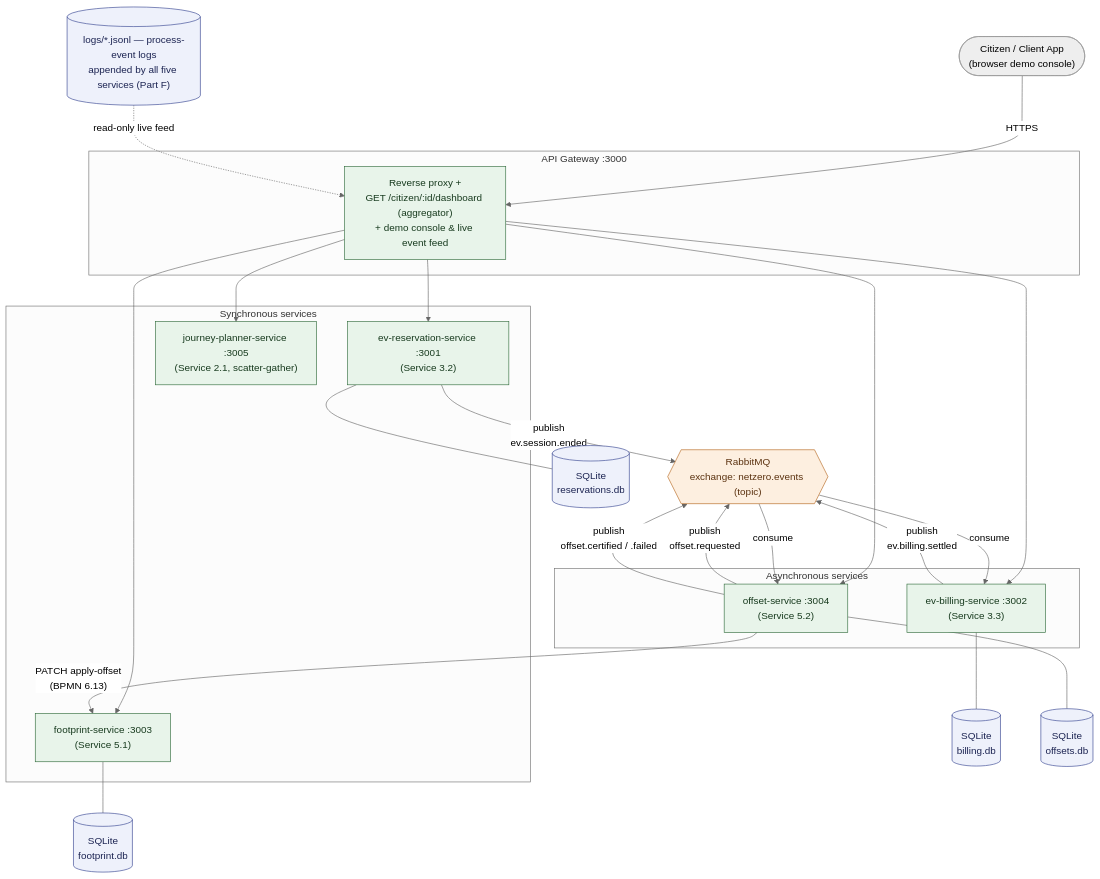
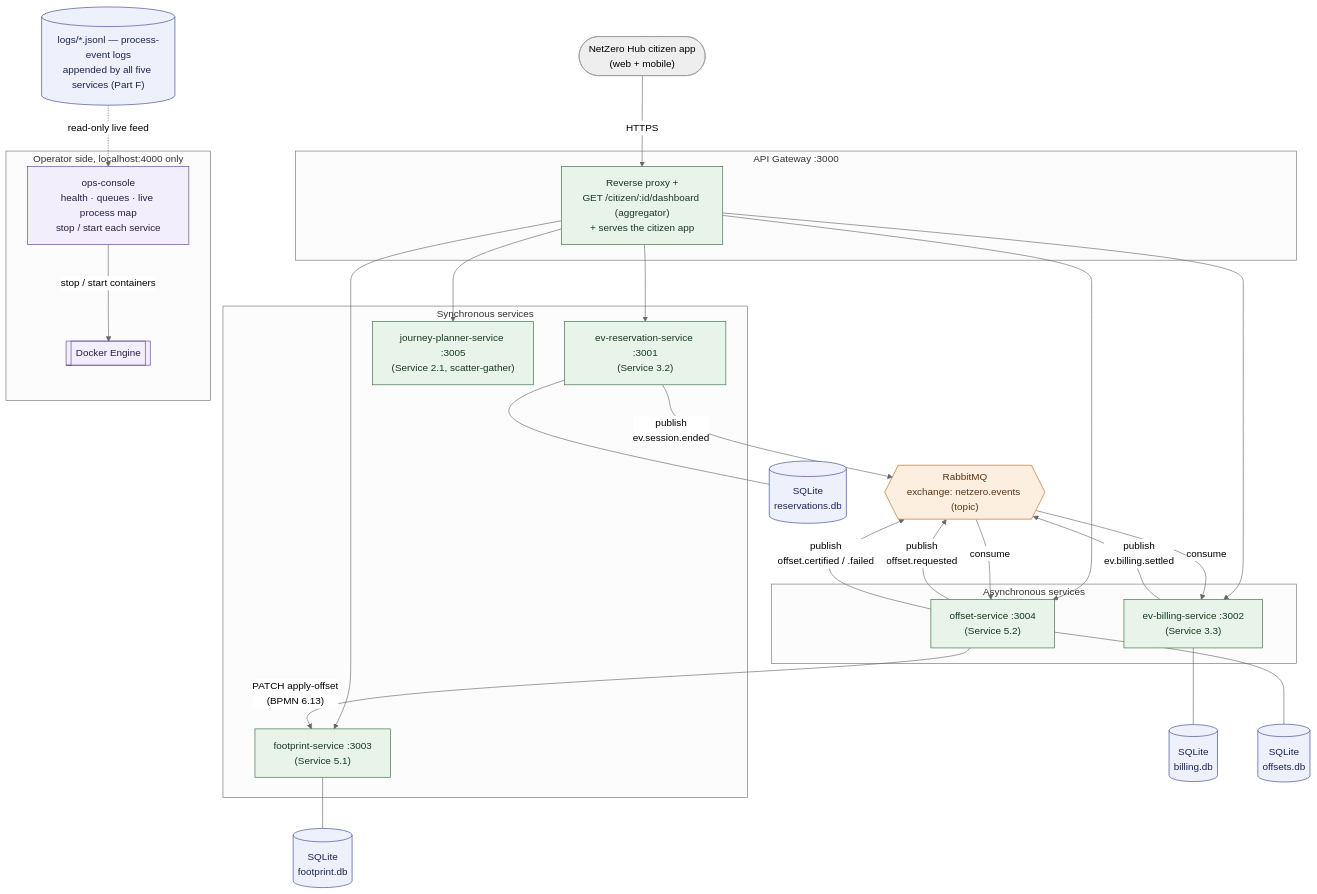
Before and after one commit to Mickyx73/netZero: the diagram in docs/diagrams/architecture.mmd, drawn with Mermaid. The commit also changed 60 other files, not shown here.

First line of the commit message:
Split citizen app (:3000) from operator console (:4000) with service controls

```diff
--- a/docs/diagrams/architecture.mmd
+++ b/docs/diagrams/architecture.mmd
@@ -1,57 +1,64 @@
 %%{init: {'theme':'neutral', 'themeVariables': {'fontSize': '16px'}}}%%
 graph TB
-    Citizen(["Citizen / Client App<br/>(browser demo console)"])
+    Citizen(["NetZero Hub citizen app<br/>(web + mobile)"])
 
     subgraph GW["API Gateway :3000"]
-        Gateway["Reverse proxy +<br/>GET /citizen/:id/dashboard (aggregator)<br/>+ demo console & live event feed"]
+        Gateway["Reverse proxy +<br/>GET /citizen/:id/dashboard (aggregator)<br/>+ serves the citizen app"]
     end
 
     Citizen -->|HTTPS| Gateway
 
     subgraph Sync["Synchronous services"]
         Reservation["ev-reservation-service :3001<br/>(Service 3.2)"]
         Footprint["footprint-service :3003<br/>(Service 5.1)"]
         Journey["journey-planner-service :3005<br/>(Service 2.1, scatter-gather)"]
     end
 
     subgraph Async["Asynchronous services"]
         Billing["ev-billing-service :3002<br/>(Service 3.3)"]
         Offset["offset-service :3004<br/>(Service 5.2)"]
     end
 
     Gateway --> Reservation
     Gateway --> Footprint
     Gateway --> Journey
     Gateway --> Billing
     Gateway --> Offset
 
     Broker{{"RabbitMQ<br/>exchange: netzero.events (topic)"}}
 
     Reservation -->|"publish<br/>ev.session.ended"| Broker
     Broker -->|"consume"| Billing
     Billing -->|"publish<br/>ev.billing.settled"| Broker
 
     Offset -->|"publish<br/>offset.requested"| Broker
     Broker -->|"consume"| Offset
     Offset -->|"publish<br/>offset.certified / .failed"| Broker
     Offset -->|"PATCH apply-offset<br/>(BPMN 6.13)"| Footprint
 
     ResDB[("SQLite<br/>reservations.db")]
     BillDB[("SQLite<br/>billing.db")]
     FootDB[("SQLite<br/>footprint.db")]
     OffDB[("SQLite<br/>offsets.db")]
 
     Logs[("logs/*.jsonl — process-event logs<br/>appended by all five services (Part F)")]
-    Logs -.->|"read-only live feed"| Gateway
+    subgraph OPS["Operator side, localhost:4000 only"]
+        Ops["ops-console<br/>health · queues · live process map<br/>stop / start each service"]
+        Docker[["Docker Engine"]]
+    end
+    Logs -.->|"read-only live feed"| Ops
+    Ops -->|"stop / start containers"| Docker
 
     Reservation --- ResDB
     Billing --- BillDB
     Footprint --- FootDB
     Offset --- OffDB
 
     classDef svc fill:#e8f4ea,stroke:#2f6b3a,color:#173a1e;
     classDef db fill:#eef1fb,stroke:#33418f,color:#1c2452;
     classDef broker fill:#fdefe0,stroke:#b5651d,color:#5c3311;
     class Reservation,Billing,Footprint,Offset,Journey,Gateway svc;
+    classDef ops fill:#f3eefb,stroke:#5b3f8f,color:#2b1c47;
+    class Ops,Docker ops;
     class ResDB,BillDB,FootDB,OffDB,Logs db;
     class Broker broker;
```
